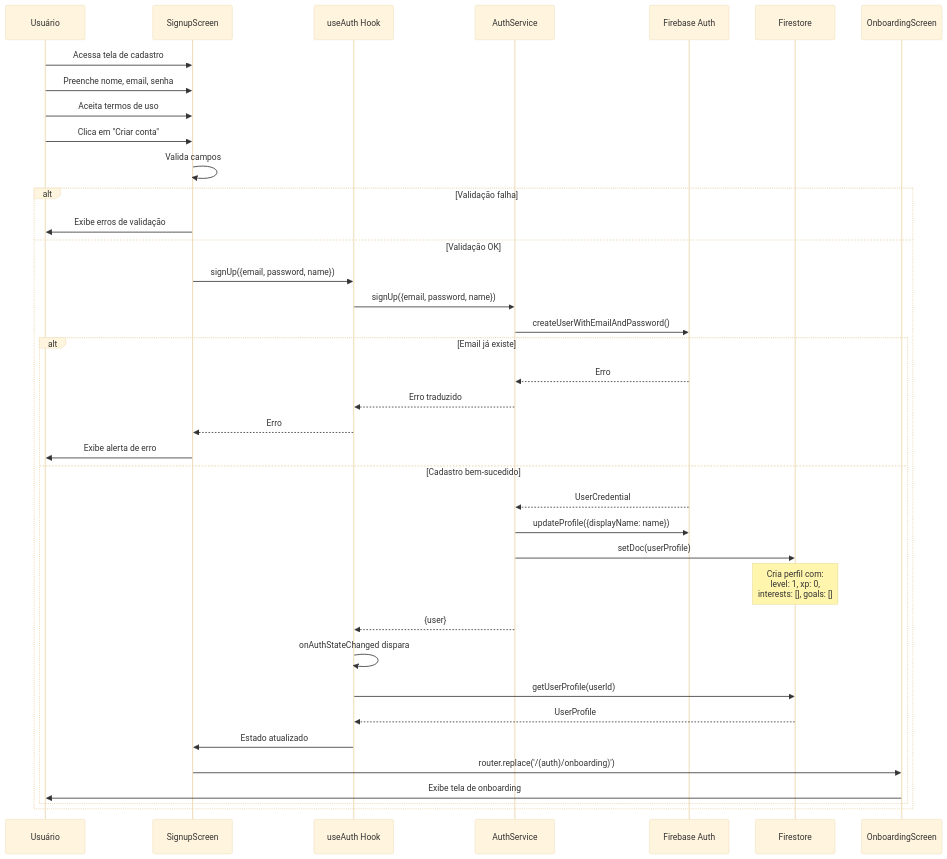
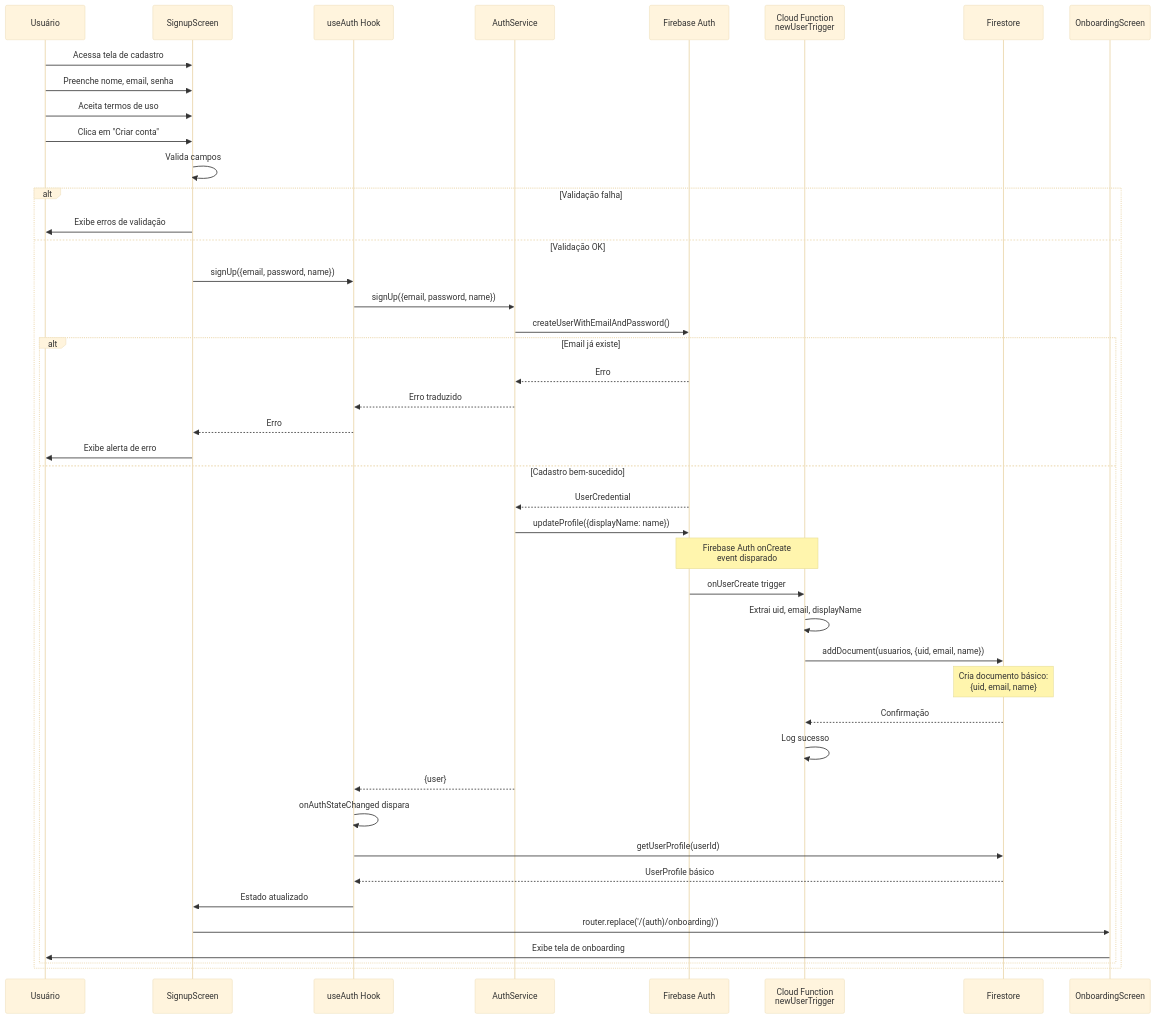
The second of 11 diagrams in docs/sequence-diagrams.md (jjeanevenx/app--mobile-inflow), drawn with Mermaid (base theme) before and after one commit. The commit also changed other lines of this file and 36 other files, not shown here.

````diff
--- a/docs/sequence-diagrams.md
+++ b/docs/sequence-diagrams.md
@@ -49,44 +49,50 @@
 ```mermaid
 sequenceDiagram
     participant U as Usuário
     participant SS as SignupScreen
     participant Auth as useAuth Hook
     participant AS as AuthService
     participant FB as Firebase Auth
+    participant CF as Cloud Function<br/>newUserTrigger
     participant FS as Firestore
     participant OB as OnboardingScreen
 
     U->>SS: Acessa tela de cadastro
     U->>SS: Preenche nome, email, senha
     U->>SS: Aceita termos de uso
     U->>SS: Clica em "Criar conta"
     
     SS->>SS: Valida campos
     
     alt Validação falha
         SS->>U: Exibe erros de validação
     else Validação OK
         SS->>Auth: signUp({email, password, name})
         Auth->>AS: signUp({email, password, name})
         AS->>FB: createUserWithEmailAndPassword()
         
         alt Email já existe
             FB-->>AS: Erro
             AS-->>Auth: Erro traduzido
             Auth-->>SS: Erro
             SS->>U: Exibe alerta de erro
         else Cadastro bem-sucedido
             FB-->>AS: UserCredential
             AS->>FB: updateProfile({displayName: name})
-            AS->>FS: setDoc(userProfile)
-            Note over FS: Cria perfil com:<br/>level: 1, xp: 0,<br/>interests: [], goals: []
+            Note over FB,CF: Firebase Auth onCreate<br/>event disparado
+            FB->>CF: onUserCreate trigger
+            CF->>CF: Extrai uid, email, displayName
+            CF->>FS: addDocument(usuarios, {uid, email, name})
+            Note over FS: Cria documento básico:<br/>{uid, email, name}
+            FS-->>CF: Confirmação
+            CF->>CF: Log sucesso
             AS-->>Auth: {user}
             Auth->>Auth: onAuthStateChanged dispara
             Auth->>FS: getUserProfile(userId)
-            FS-->>Auth: UserProfile
+            FS-->>Auth: UserProfile básico
             Auth->>SS: Estado atualizado
             SS->>OB: router.replace('/(auth)/onboarding)')
             OB->>U: Exibe tela de onboarding
         end
     end
 ```
````
